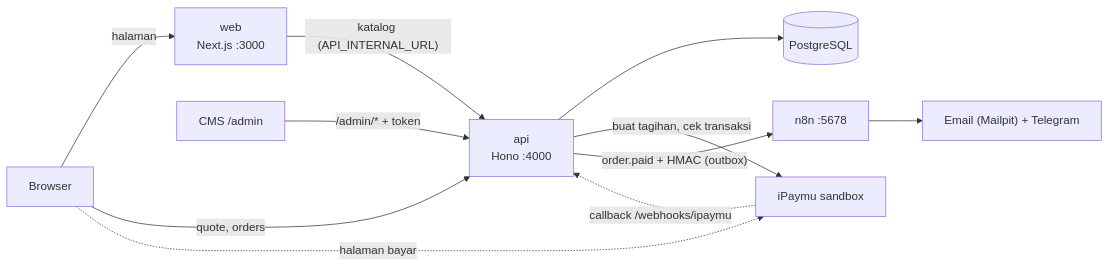
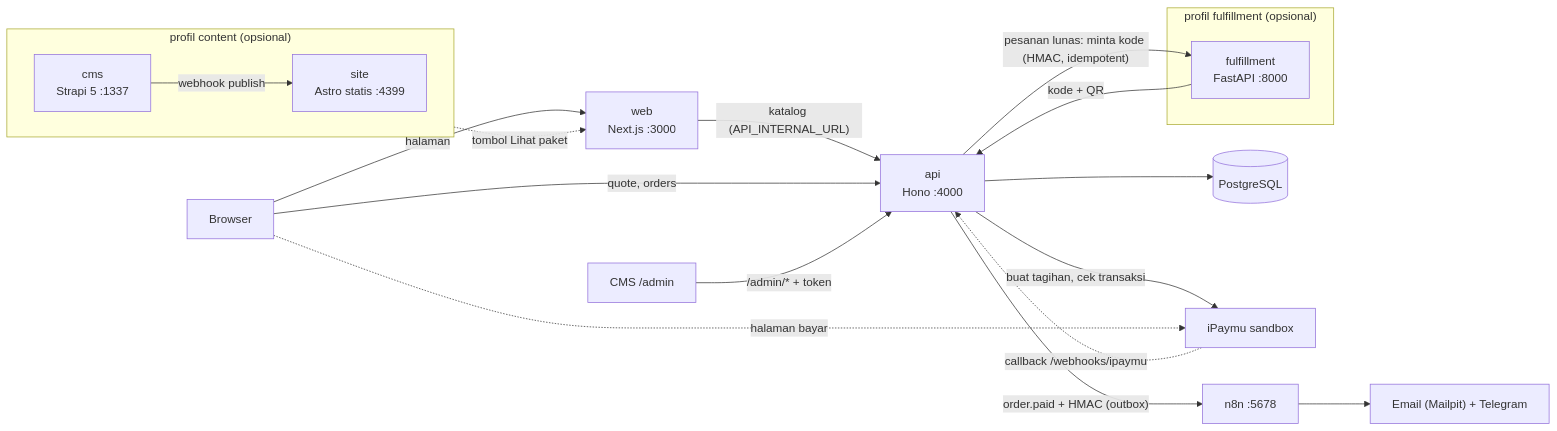
One commit to ansrazm/nomadia changed the diagram in README.md. Above: the diagram before and after it, drawn with Mermaid. The commit also changed other lines of this file and 4 other files, not shown here.

````diff
--- a/README.md
+++ b/README.md
@@ -71,13 +72,25 @@
 ```mermaid
 flowchart LR
     B[Browser] -->|halaman| W["web<br/>Next.js :3000"]
     W -->|"katalog (API_INTERNAL_URL)"| A["api<br/>Hono :4000"]
     B -->|"quote, orders"| A
     A --> D[("PostgreSQL")]
     A -->|"buat tagihan, cek transaksi"| P["iPaymu sandbox"]
     B -.->|halaman bayar| P
     P -.->|"callback /webhooks/ipaymu"| A
     A -->|"order.paid + HMAC (outbox)"| N["n8n :5678"]
     N --> E["Email (Mailpit) + Telegram"]
     C["CMS /admin"] -->|"/admin/* + token"| A
+
+    subgraph content ["profil content (opsional)"]
+      direction LR
+      S["cms<br/>Strapi 5 :1337"] -->|"webhook publish"| G["site<br/>Astro statis :4399"]
+    end
+    G -.->|"tombol Lihat paket"| W
+
+    subgraph fulfill ["profil fulfillment (opsional)"]
+      F["fulfillment<br/>FastAPI :8000"]
+    end
+    A -->|"pesanan lunas: minta kode (HMAC, idempotent)"| F
+    F -->|"kode + QR"| A
 ```
````
